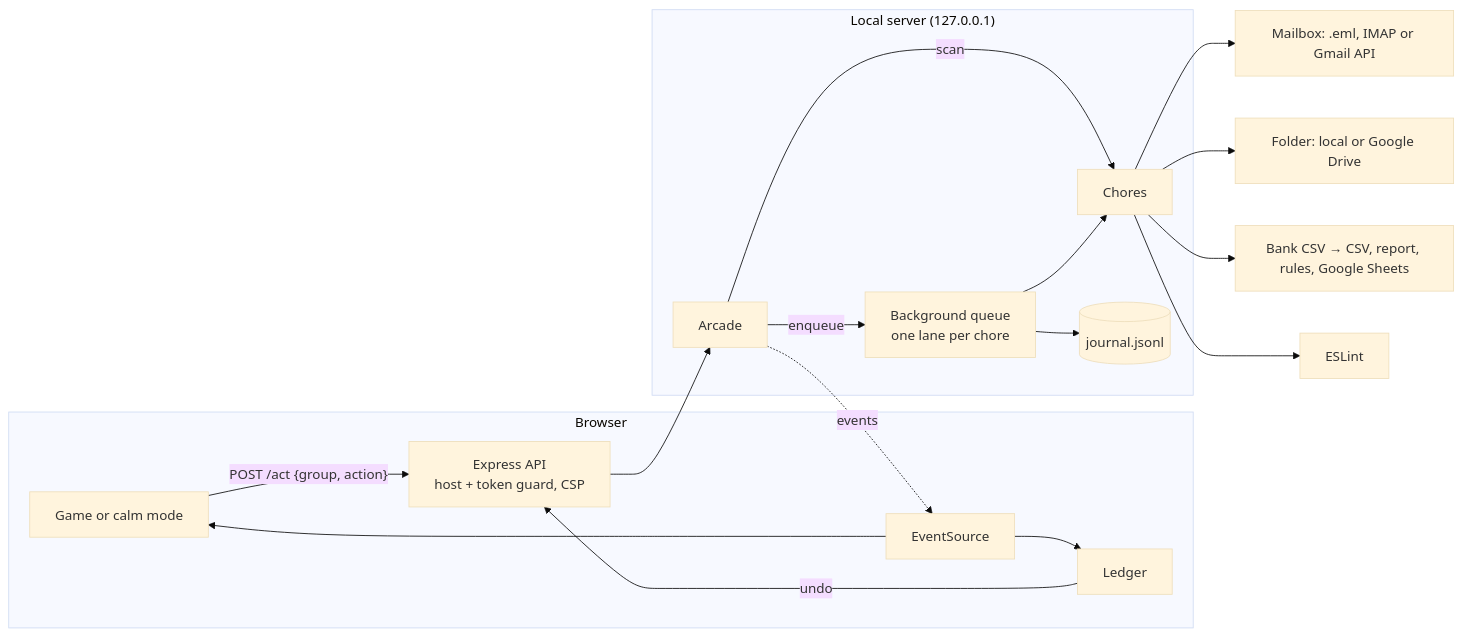
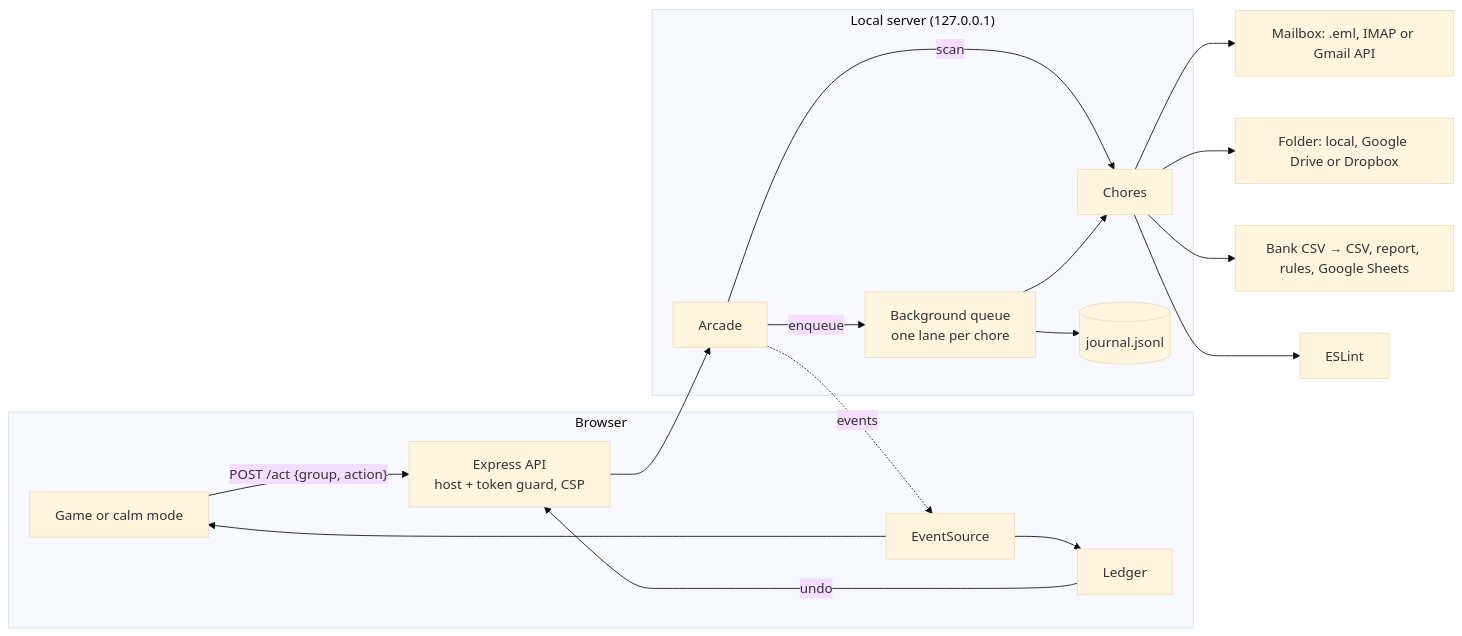
Before and after one commit to hackathonwinner69-tech/SATA-FOR-WIN: the diagram in README.md, drawn with Mermaid (base theme). The commit also changed other lines of this file, not shown here.

First line of the commit message:
docs: Budget Blocks, the Dropbox connector and the efficiency story

````diff
--- a/README.md
+++ b/README.md
@@ -173,20 +200,20 @@
 ```mermaid
 flowchart LR
   subgraph Browser
     G[Game or calm mode] -- "POST /act {group, action}" --> API
     L[Ledger] -- undo --> API
     ES[EventSource] --> G & L
   end
   subgraph "Local server (127.0.0.1)"
     API[Express API<br/>host + token guard, CSP] --> A[Arcade]
     A -- scan --> C[Chores]
     A -- enqueue --> Q[Background queue<br/>one lane per chore]
     Q --> C
     Q --> J[(journal.jsonl)]
     A -. events .-> ES
   end
   C --> M[Mailbox: .eml, IMAP or Gmail API]
-  C --> F[Folder: local or Google Drive]
+  C --> F[Folder: local, Google Drive or Dropbox]
   C --> X[Bank CSV → CSV, report, rules, Google Sheets]
   C --> E[ESLint]
 ```
````
